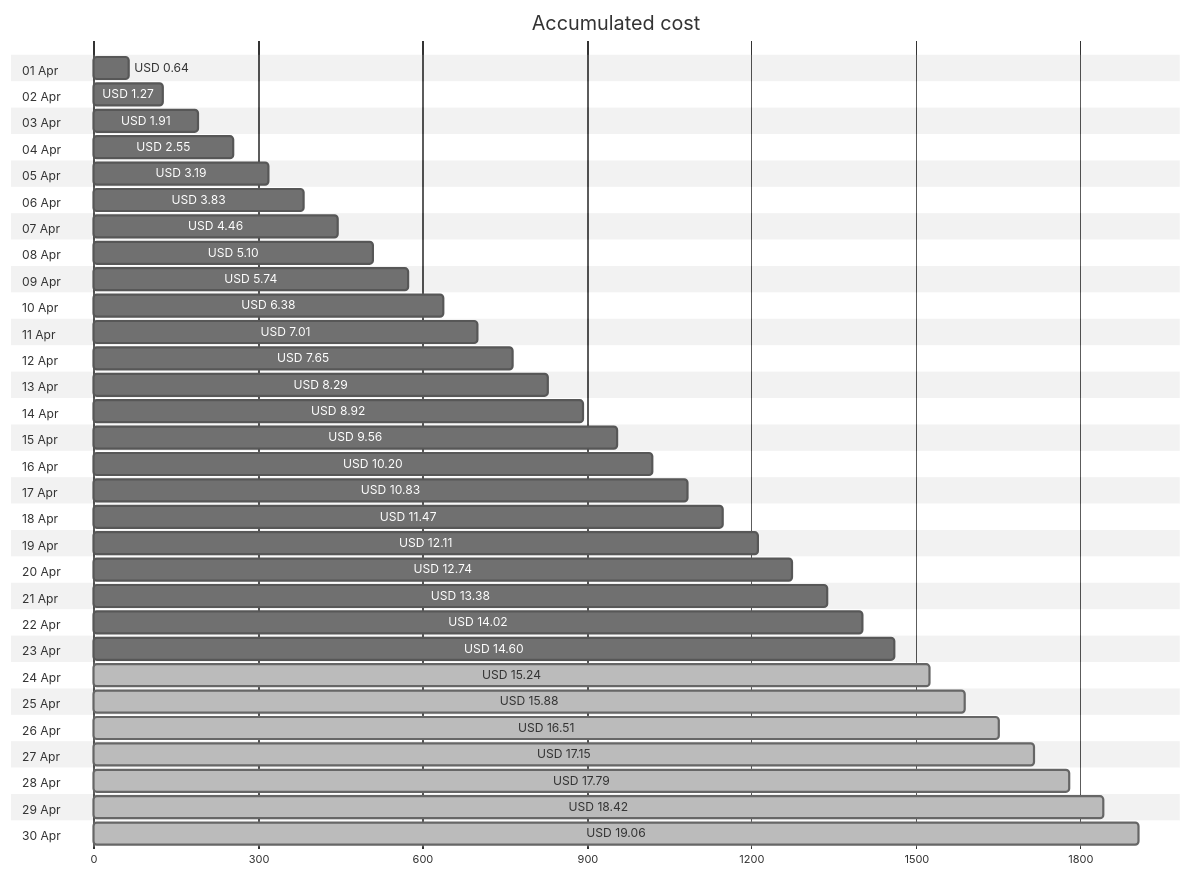
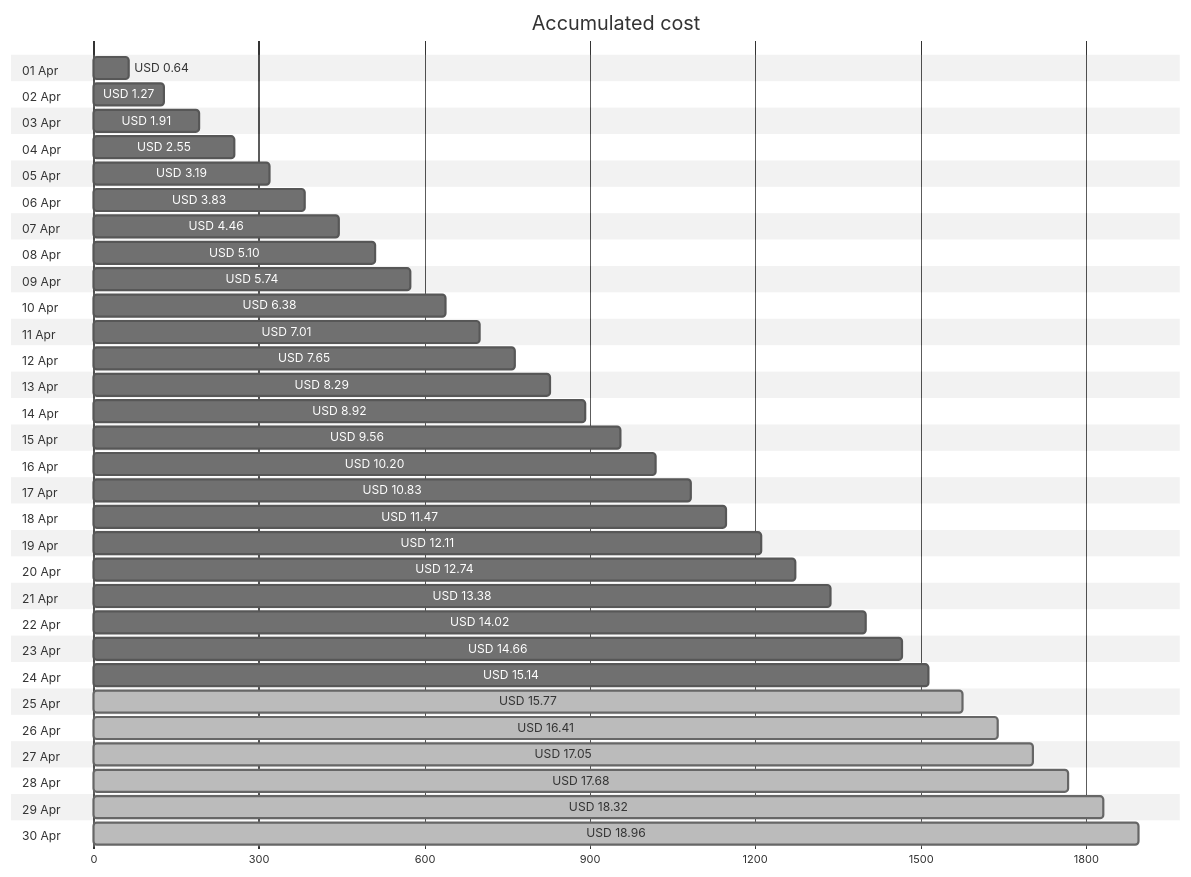
The first of 4 diagrams in cost-reports/accumulated-cost.md (jpfulton/azure-personal-reports), drawn with Mermaid (neutral theme) before and after one commit. The commit also changed other lines of this file and 4 other files, not shown here.

````diff
--- a/cost-reports/accumulated-cost.md
+++ b/cost-reports/accumulated-cost.md
@@ -20,66 +20,66 @@
 ```mermaid
 gantt
    title Accumulated cost
    dateFormat  X
    axisFormat %s
    section 01 Apr
    USD 0.64 :0, 64
    section 02 Apr
    USD 1.27 :0, 127
    section 03 Apr
    USD 1.91 :0, 191
    section 04 Apr
    USD 2.55 :0, 255
    section 05 Apr
    USD 3.19 :0, 319
    section 06 Apr
    USD 3.83 :0, 383
    section 07 Apr
    USD 4.46 :0, 446
    section 08 Apr
    USD 5.10 :0, 510
    section 09 Apr
    USD 5.74 :0, 574
    section 10 Apr
    USD 6.38 :0, 638
    section 11 Apr
    USD 7.01 :0, 701
    section 12 Apr
    USD 7.65 :0, 765
    section 13 Apr
    USD 8.29 :0, 829
    section 14 Apr
    USD 8.92 :0, 892
    section 15 Apr
    USD 9.56 :0, 956
    section 16 Apr
    USD 10.20 :0, 1020
    section 17 Apr
    USD 10.83 :0, 1083
    section 18 Apr
    USD 11.47 :0, 1147
    section 19 Apr
    USD 12.11 :0, 1211
    section 20 Apr
    USD 12.74 :0, 1274
    section 21 Apr
    USD 13.38 :0, 1338
    section 22 Apr
    USD 14.02 :0, 1402
    section 23 Apr
-   USD 14.60 :0, 1460
+   USD 14.66 :0, 1466
    section 24 Apr
-   USD 15.24 : done, 0, 1524
+   USD 15.14 :0, 1514
    section 25 Apr
-   USD 15.88 : done, 0, 1588
+   USD 15.77 : done, 0, 1577
    section 26 Apr
-   USD 16.51 : done, 0, 1651
+   USD 16.41 : done, 0, 1641
    section 27 Apr
-   USD 17.15 : done, 0, 1715
+   USD 17.05 : done, 0, 1705
    section 28 Apr
-   USD 17.79 : done, 0, 1779
+   USD 17.68 : done, 0, 1768
    section 29 Apr
-   USD 18.42 : done, 0, 1842
+   USD 18.32 : done, 0, 1832
    section 30 Apr
-   USD 19.06 : done, 0, 1906
+   USD 18.96 : done, 0, 1896
 ```
````
